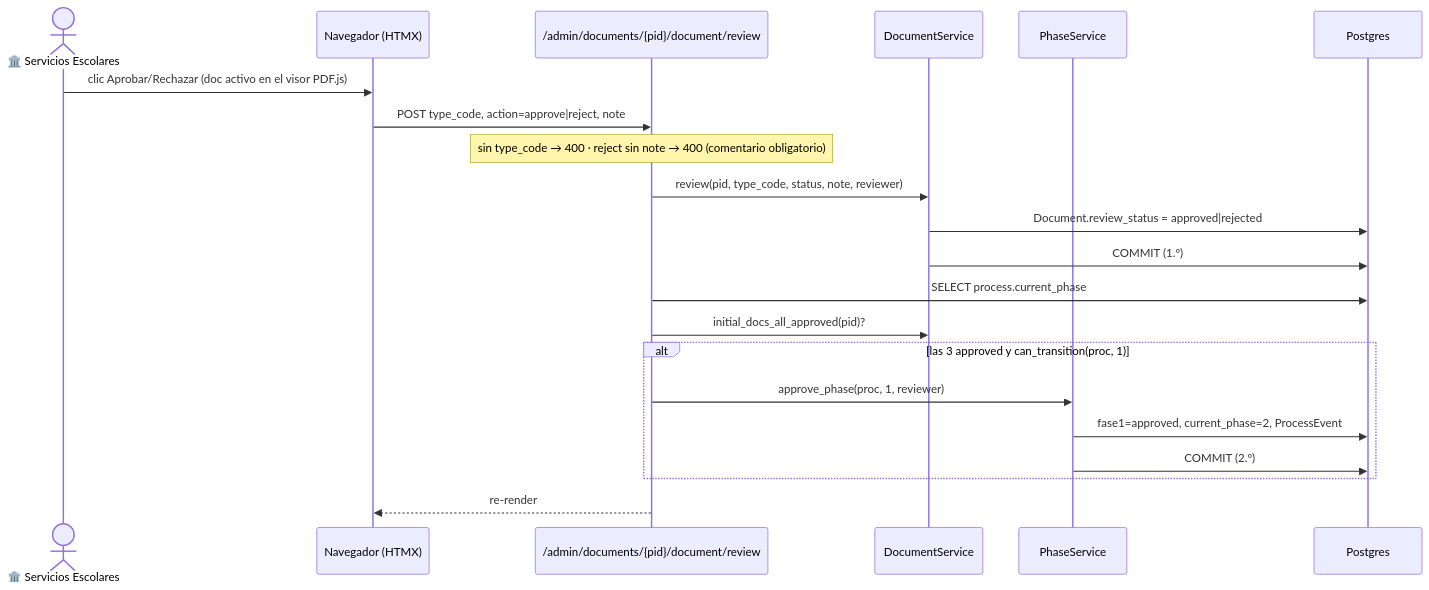
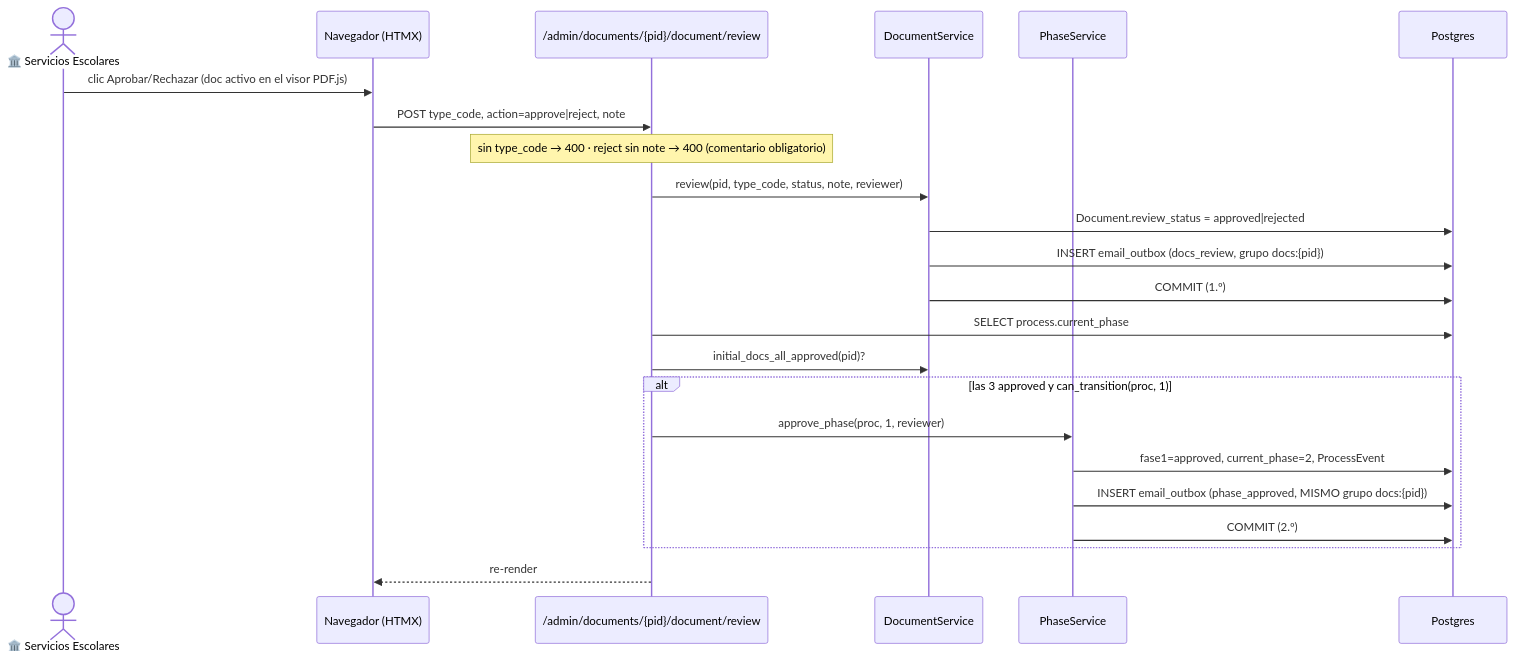
One commit to Erne1357/itcj changed the diagram in itcj2/apps/titulatec/docs/flows/phase1_school_services_review_docs.md. Above: the diagram before and after it, drawn with Mermaid. The commit also changed other lines of this file and 11 other files, not shown here.

````diff
--- a/itcj2/apps/titulatec/docs/flows/phase1_school_services_review_docs.md
+++ b/itcj2/apps/titulatec/docs/flows/phase1_school_services_review_docs.md
@@ -32,23 +32,25 @@
 ```mermaid
 sequenceDiagram
     actor SE as 🏛️ Servicios Escolares
     participant FE as Navegador (HTMX)
     participant API as /admin/documents/{pid}/document/review
     participant DS as DocumentService
     participant PS as PhaseService
     participant DB as Postgres
     SE->>FE: clic Aprobar/Rechazar (doc activo en el visor PDF.js)
     FE->>API: POST type_code, action=approve|reject, note
     Note over API: sin type_code → 400 · reject sin note → 400 (comentario obligatorio)
     API->>DS: review(pid, type_code, status, note, reviewer)
     DS->>DB: Document.review_status = approved|rejected
+    DS->>DB: INSERT email_outbox (docs_review, grupo docs:{pid})
     DS->>DB: COMMIT (1.º)
     API->>DB: SELECT process.current_phase
     API->>DS: initial_docs_all_approved(pid)?
     alt las 3 approved y can_transition(proc, 1)
         API->>PS: approve_phase(proc, 1, reviewer)
         PS->>DB: fase1=approved, current_phase=2, ProcessEvent
+        PS->>DB: INSERT email_outbox (phase_approved, MISMO grupo docs:{pid})
         PS->>DB: COMMIT (2.º)
     end
     API-->>FE: re-render #docs-body
 ```
````
